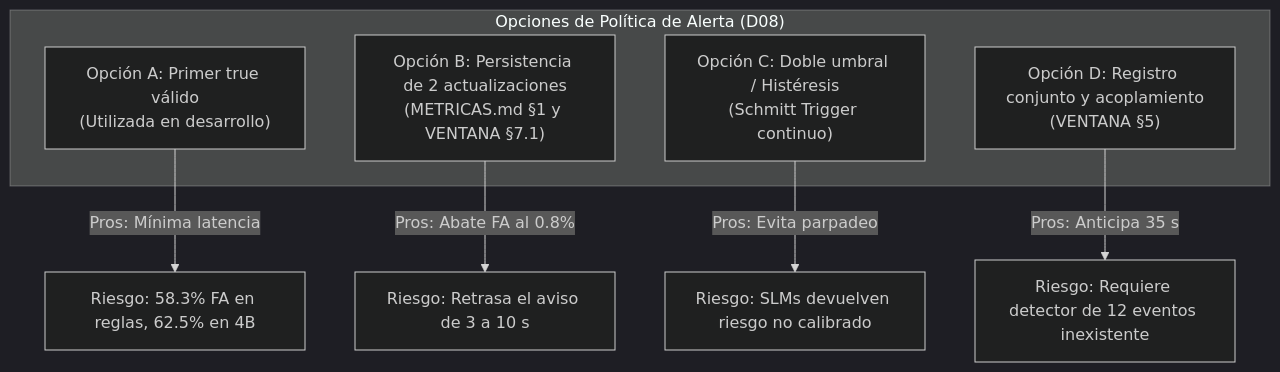
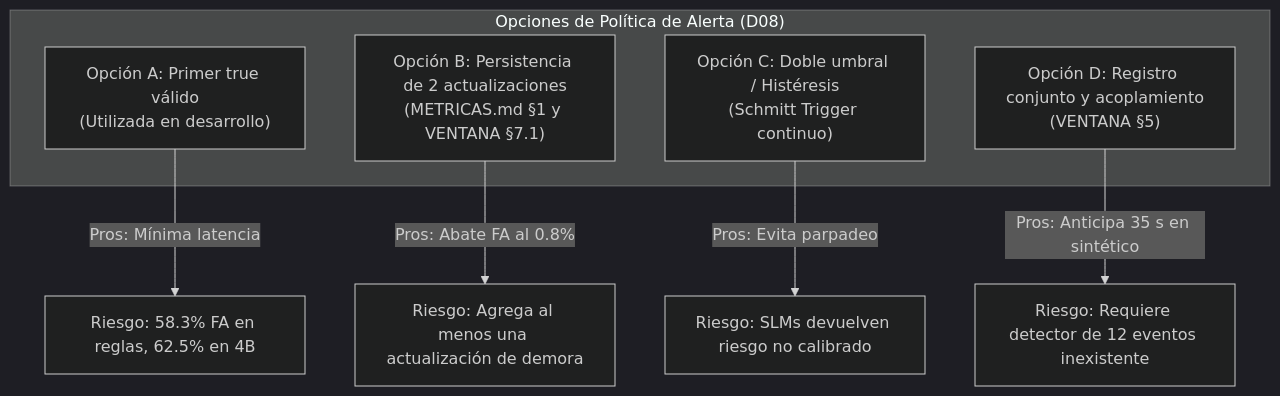
One commit to Corchets/bitacora_tesis changed the fifth of 5 diagrams in docs/evaluacion/PROTOCOLO-EXPERIMENTAL.md. Above: the diagram before and after it, drawn with Mermaid (dark theme). The commit also changed other lines of this file, not shown here.

````diff
--- a/docs/evaluacion/PROTOCOLO-EXPERIMENTAL.md
+++ b/docs/evaluacion/PROTOCOLO-EXPERIMENTAL.md
@@ -272,14 +278,14 @@
 ```mermaid
 flowchart TD
     subgraph Opciones["Opciones de Política de Alerta (D08)"]
         OpA["Opción A: Primer true válido<br/>(Utilizada en desarrollo)"]
         OpB["Opción B: Persistencia de 2 actualizaciones<br/>(METRICAS.md §1 y VENTANA §7.1)"]
         OpC["Opción C: Doble umbral / Histéresis<br/>(Schmitt Trigger continuo)"]
         OpD["Opción D: Registro conjunto y acoplamiento<br/>(VENTANA §5)"]
     end
 
     OpA -->|Pros: Mínima latencia| R1["Riesgo: 58.3% FA en reglas, 62.5% en 4B"]
-    OpB -->|Pros: Abate FA al 0.8%| R2["Riesgo: Retrasa el aviso de 3 a 10 s"]
+    OpB -->|Pros: Abate FA al 0.8%| R2["Riesgo: Agrega al menos una actualización de demora"]
     OpC -->|Pros: Evita parpadeo| R3["Riesgo: SLMs devuelven riesgo no calibrado"]
-    OpD -->|Pros: Anticipa 35 s| R4["Riesgo: Requiere detector de 12 eventos inexistente"]
+    OpD -->|Pros: Anticipa 35 s en sintético| R4["Riesgo: Requiere detector de 12 eventos inexistente"]
 ```
````
